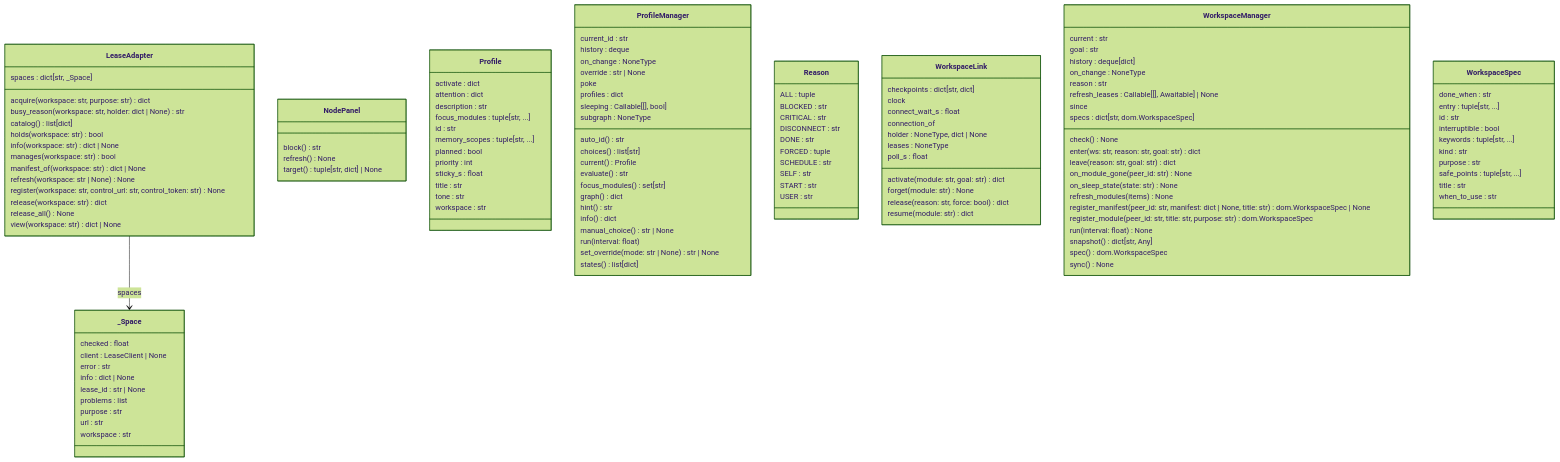
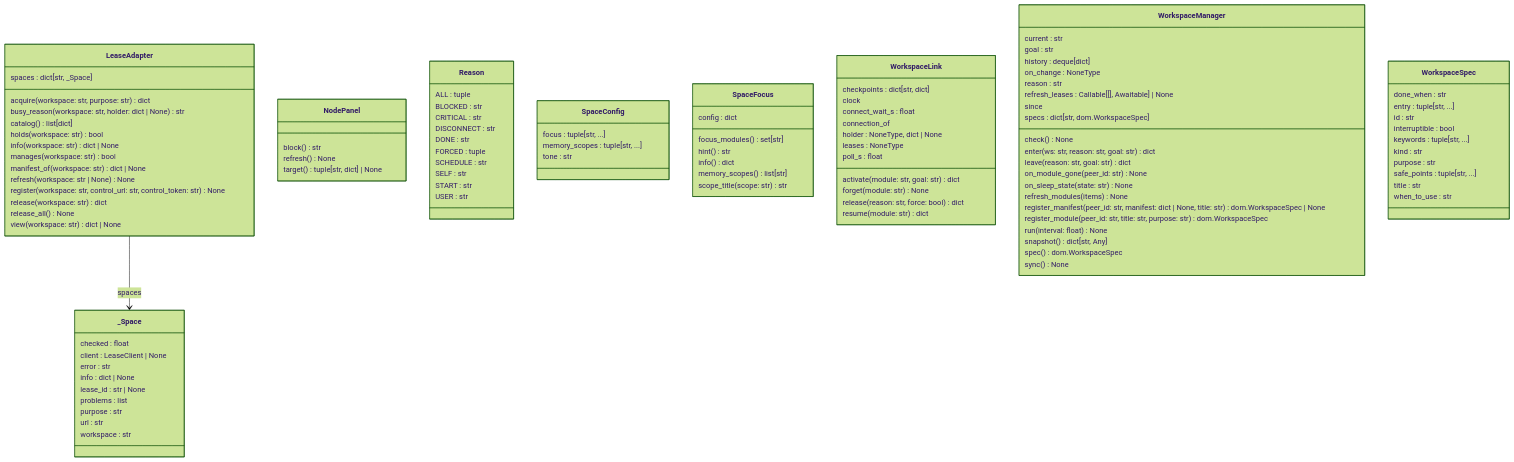
Before and after one commit to BuDum-Tss/GitS: the diagram in docs/architecture/classes/services.spaces.mmd, drawn with Mermaid (forest theme). The commit also changed 30 other files, not shown here.

Commit message:
Диаграмма использования классов, типы внедряемых полей

```diff
--- a/docs/architecture/classes/services.spaces.mmd
+++ b/docs/architecture/classes/services.spaces.mmd
@@ -1,128 +1,105 @@
 classDiagram
   class LeaseAdapter {
     spaces : dict[str, _Space]
     acquire(workspace: str, purpose: str) dict
     busy_reason(workspace: str, holder: dict | None) str
     catalog() list[dict]
     holds(workspace: str) bool
     info(workspace: str) dict | None
     manages(workspace: str) bool
     manifest_of(workspace: str) dict | None
     refresh(workspace: str | None) None
     register(workspace: str, control_url: str, control_token: str) None
     release(workspace: str) dict
     release_all() None
     view(workspace: str) dict | None
   }
   class NodePanel {
     block() str
     refresh() None
     target() tuple[str, dict] | None
   }
-  class Profile {
-    activate : dict
-    attention : dict
-    description : str
-    focus_modules : tuple[str, ...]
-    id : str
-    memory_scopes : tuple[str, ...]
-    planned : bool
-    priority : int
-    sticky_s : float
-    title : str
-    tone : str
-    workspace : str
-  }
-  class ProfileManager {
-    current_id : str
-    history : deque
-    on_change : NoneType
-    override : str | None
-    poke
-    profiles : dict
-    sleeping : Callable[[], bool]
-    subgraph : NoneType
-    auto_id() str
-    choices() list[str]
-    current() Profile
-    evaluate() str
-    focus_modules() set[str]
-    graph() dict
-    hint() str
-    info() dict
-    manual_choice() str | None
-    run(interval: float)
-    set_override(mode: str | None) str | None
-    states() list[dict]
-  }
   class Reason {
     ALL : tuple
     BLOCKED : str
     CRITICAL : str
     DISCONNECT : str
     DONE : str
     FORCED : tuple
     SCHEDULE : str
     SELF : str
     START : str
     USER : str
+  }
+  class SpaceConfig {
+    focus : tuple[str, ...]
+    memory_scopes : tuple[str, ...]
+    tone : str
+  }
+  class SpaceFocus {
+    config : dict
+    focus_modules() set[str]
+    hint() str
+    info() dict
+    memory_scopes() list[str]
+    scope_title(scope: str) str
   }
   class WorkspaceLink {
     checkpoints : dict[str, dict]
     clock
     connect_wait_s : float
     connection_of
     holder : NoneType, dict | None
     leases : NoneType
     poll_s : float
     activate(module: str, goal: str) dict
     forget(module: str) None
     release(reason: str, force: bool) dict
     resume(module: str) dict
   }
   class WorkspaceManager {
     current : str
     goal : str
     history : deque[dict]
     on_change : NoneType
     reason : str
     refresh_leases : Callable[[], Awaitable] | None
     since
     specs : dict[str, dom.WorkspaceSpec]
     check() None
     enter(ws: str, reason: str, goal: str) dict
     leave(reason: str, goal: str) dict
     on_module_gone(peer_id: str) None
     on_sleep_state(state: str) None
     refresh_modules(items) None
     register_manifest(peer_id: str, manifest: dict | None, title: str) dom.WorkspaceSpec | None
     register_module(peer_id: str, title: str, purpose: str) dom.WorkspaceSpec
     run(interval: float) None
     snapshot() dict[str, Any]
     spec() dom.WorkspaceSpec
     sync() None
   }
   class WorkspaceSpec {
     done_when : str
     entry : tuple[str, ...]
     id : str
     interruptible : bool
     keywords : tuple[str, ...]
     kind : str
     purpose : str
     safe_points : tuple[str, ...]
     title : str
     when_to_use : str
   }
   class _Space {
     checked : float
     client : LeaseClient | None
     error : str
     info : dict | None
     lease_id : str | None
     problems : list
     purpose : str
     url : str
     workspace : str
   }
   LeaseAdapter --> _Space : spaces
```
